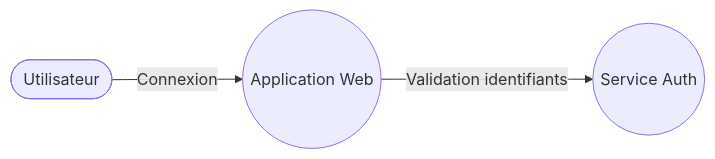
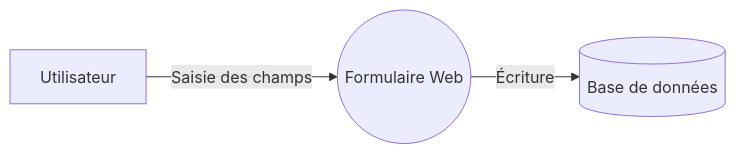
The diagram in _notes/stride/stride.md (ophenix-maisonneuve/420-950-ma-site-web), drawn with Mermaid before and after one commit. The commit also changed other lines of this file and 8 other files, not shown here.

````diff
--- a/_notes/stride/stride.md
+++ b/_notes/stride/stride.md
@@ -126,5 +146,5 @@
 ```mermaid
 flowchart LR
-    User([Utilisateur]) -->|Connexion| WebApp((Application Web))
-    WebApp -->|Validation identifiants| AuthService((Service Auth))
+    User[Utilisateur] -->| Saisie des champs | WebApp((Formulaire Web))
+    WebApp -->| Écriture | BD[(Base de données)]
 ```
````
